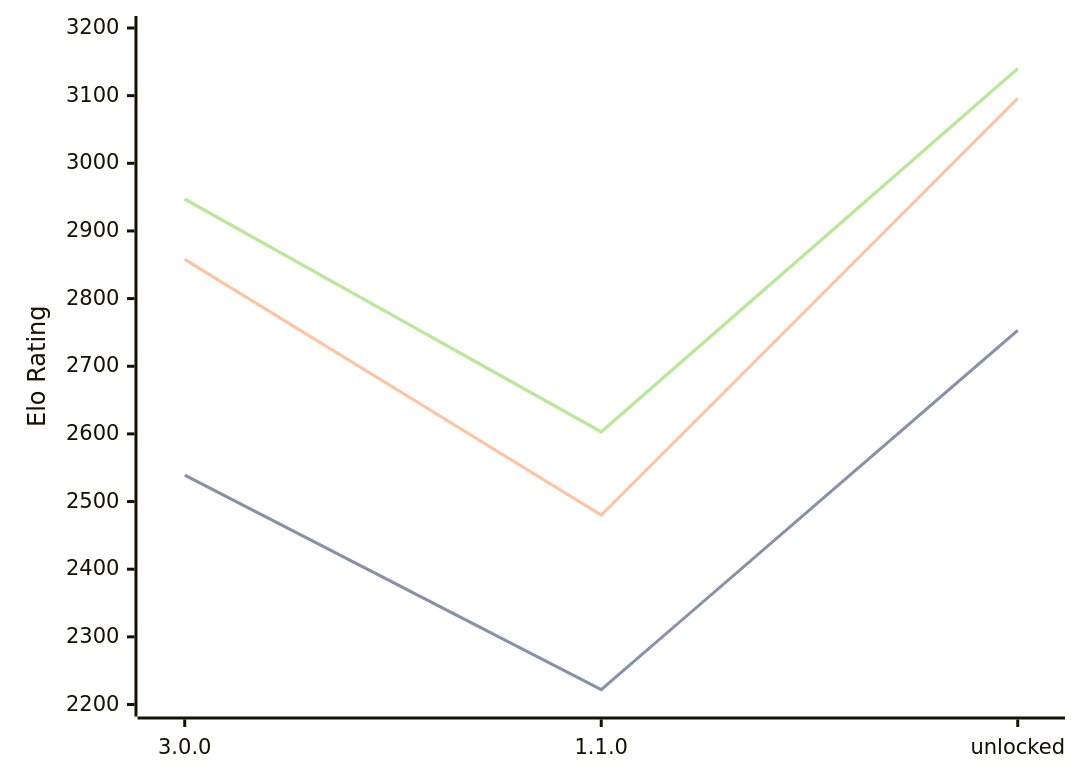
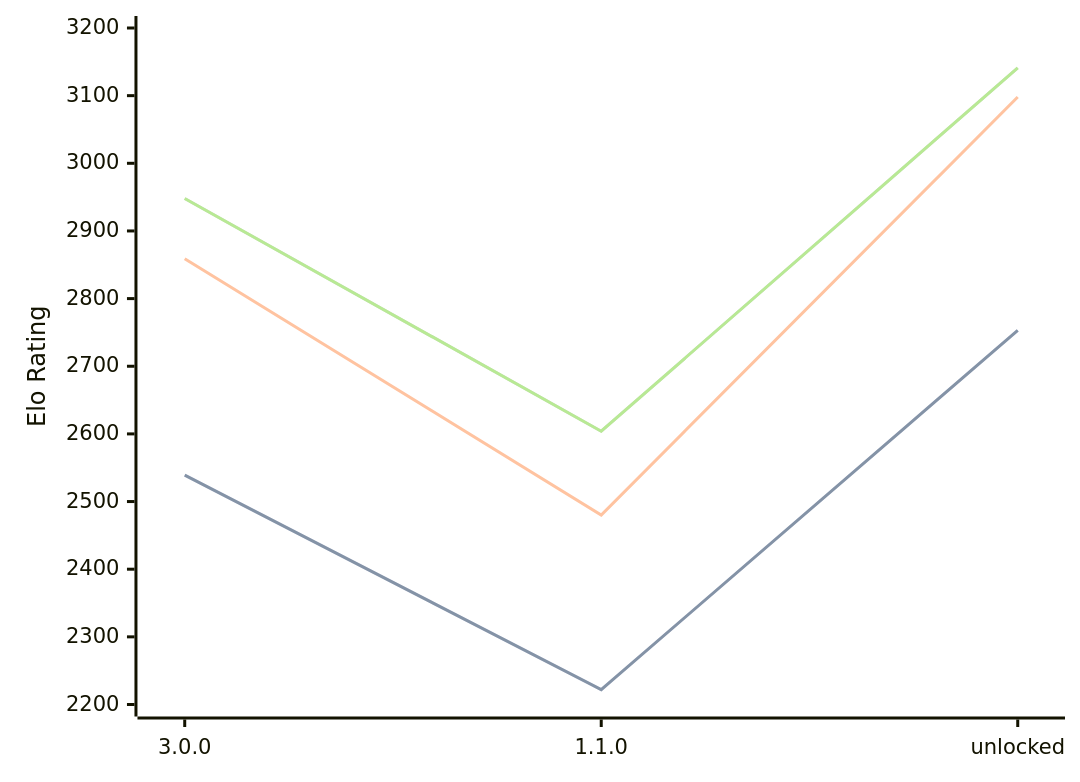
Before and after one commit to computer-chess-index/cci: the diagram in engines/Potential.md, drawn with Mermaid. The commit also changed other lines of this file, not shown here.

Commit message:
Update CCI Ratings (ELO VLTC) - 2026-09-14

````diff
--- a/engines/Potential.md
+++ b/engines/Potential.md
@@ -33,11 +33,11 @@
 ```mermaid
 %%{init: {"theme":"base","themeVariables":{"seriesColors:['#a3a3a3','#222221','#faa371']}}}%%
 xychart-beta
   x-axis ["3.0.0", "1.1.0", "unlocked"]
   y-axis "Elo Rating" 2200 --> 3200
   line "" [2539, 2222, 2753]
   line "STC (8.0+0.08s)" [2539, 2222, 2753]
-  line "LTC (60.0+0.60s)" [2858, 2480, 3096]
-  line "" [2947, 2603, 3140]
-  line "VLTC (2m24s+1.12s)" [2947, 2603, 3140]
+  line "LTC (60.0+0.60s)" [2859, 2480, 3098]
+  line "" [2948, 2604, 3141]
+  line "VLTC (2m24s+1.12s)" [2948, 2604, 3141]
 ```
````
